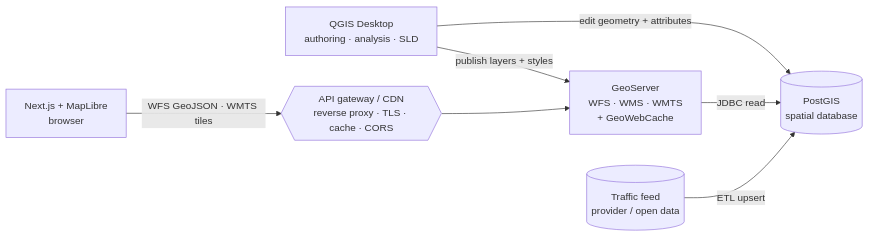
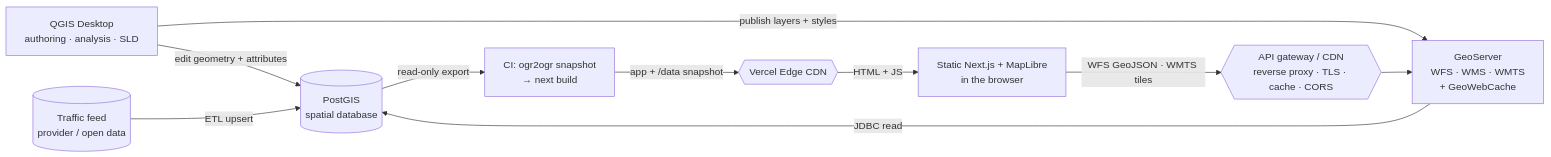
The fifth of 11 diagrams in docs/architecture.md (mahardisetyoso/jkt-webgis-catalyze), drawn with Mermaid before and after one commit. The commit also changed other lines of this file and 5 other files, not shown here.

````diff
--- a/docs/architecture.md
+++ b/docs/architecture.md
@@ -183,16 +194,21 @@
 ```mermaid
 flowchart LR
     analyst[QGIS Desktop<br/>authoring · analysis · SLD]
     pg[(PostGIS<br/>spatial database)]
     gs[GeoServer<br/>WFS · WMS · WMTS<br/>+ GeoWebCache]
     gw{{API gateway / CDN<br/>reverse proxy · TLS · cache · CORS}}
-    app[Next.js + MapLibre<br/>browser]
+    app[Static Next.js + MapLibre<br/>in the browser]
     feed[(Traffic feed<br/>provider / open data)]
+    ci[CI: ogr2ogr snapshot<br/>→ next build]
+    cdn{{Vercel Edge CDN}}
 
     analyst -->|edit geometry + attributes| pg
     analyst -->|publish layers + styles| gs
     gs -->|JDBC read| pg
     feed -->|ETL upsert| pg
     app -->|WFS GeoJSON · WMTS tiles| gw
     gw --> gs
+    pg -->|read-only export| ci
+    ci -->|app + /data snapshot| cdn
+    cdn -->|HTML + JS| app
 ```
````
